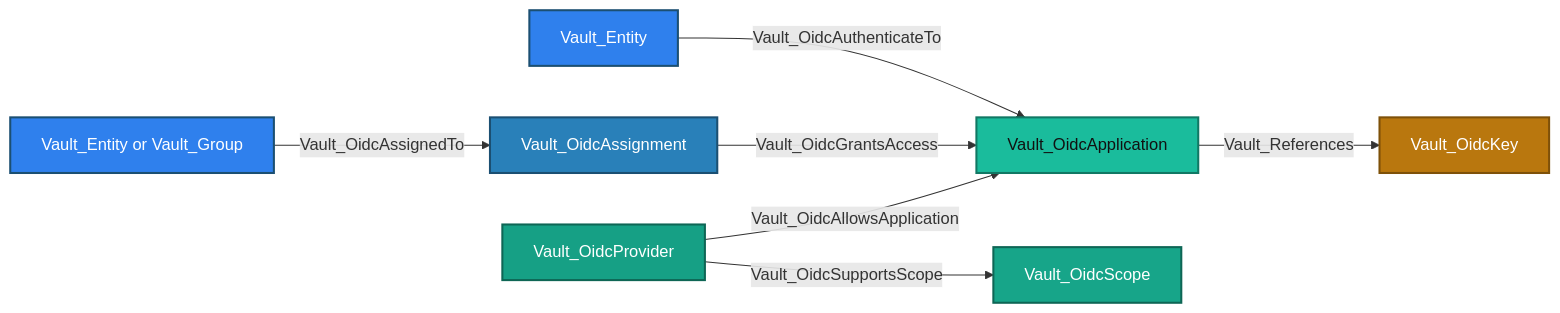
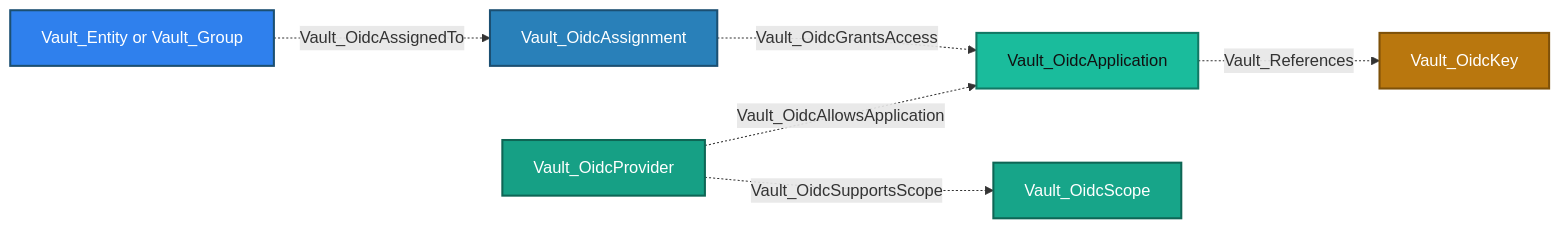
The seventh of 14 diagrams in Documentation/stores/IDENTITY.md (bytewreck/opengraph-vault), drawn with Mermaid before and after one commit. The commit also changed other lines of this file and 5 other files, not shown here.

````diff
--- a/Documentation/stores/IDENTITY.md
+++ b/Documentation/stores/IDENTITY.md
@@ -309,17 +331,15 @@
 ```mermaid
 flowchart LR
-    provider[Vault_OidcProvider]:::oidcProviderNode -->|Vault_OidcAllowsApplication| app[Vault_OidcApplication]:::oidcApplicationNode
-    provider -->|Vault_OidcSupportsScope| scope[Vault_OidcScope]:::oidcScopeNode
-    app -->|Vault_References| key[Vault_OidcKey]:::oidcKeyNode
-    principal[Vault_Entity or Vault_Group]:::identityNode -->|Vault_OidcAssignedTo| assignment[Vault_OidcAssignment]:::oidcAssignmentNode
-    assignment -->|Vault_OidcGrantsAccess| app
-    entity[Vault_Entity]:::entityNode -->|Vault_OidcAuthenticateTo| app
+    provider[Vault_OidcProvider]:::oidcProviderNode -.->|Vault_OidcAllowsApplication| app[Vault_OidcApplication]:::oidcApplicationNode
+    provider -.->|Vault_OidcSupportsScope| scope[Vault_OidcScope]:::oidcScopeNode
+    app -.->|Vault_References| key[Vault_OidcKey]:::oidcKeyNode
+    principal[Vault_Entity or Vault_Group]:::identityNode -.->|Vault_OidcAssignedTo| assignment[Vault_OidcAssignment]:::oidcAssignmentNode
+    assignment -.->|Vault_OidcGrantsAccess| app
 
     classDef oidcProviderNode fill:#16A085,color:#fff,stroke:#0E6655,stroke-width:2px
     classDef oidcApplicationNode fill:#1ABC9C,color:#111,stroke:#117864,stroke-width:2px
     classDef oidcScopeNode fill:#17A589,color:#fff,stroke:#0E6655,stroke-width:2px
     classDef oidcKeyNode fill:#B9770E,color:#fff,stroke:#7E5109,stroke-width:2px
     classDef oidcAssignmentNode fill:#2980B9,color:#fff,stroke:#1B4F72,stroke-width:2px
     classDef identityNode fill:#2F80ED,color:#fff,stroke:#1B4F72,stroke-width:2px
-    classDef entityNode fill:#2F80ED,color:#fff,stroke:#1B4F72,stroke-width:2px
 ```
````
